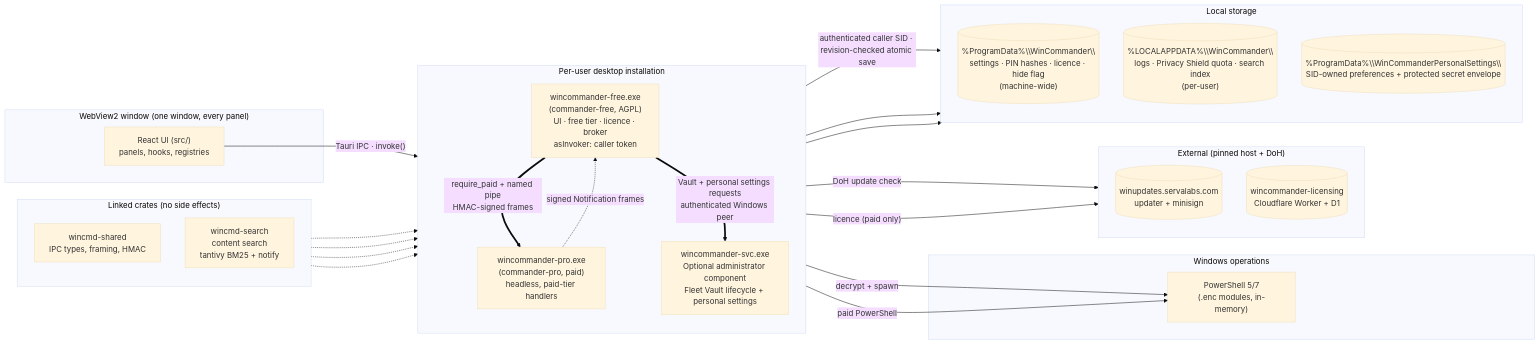
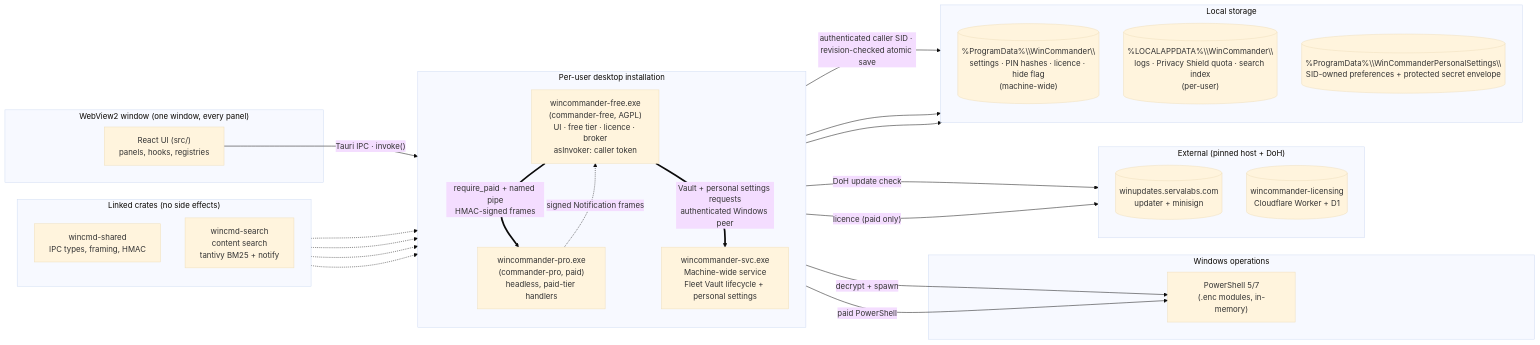
Before and after one commit to servalabs/wincommander: the first of 3 diagrams in ARCHITECTURE.md, drawn with Mermaid (base theme). The commit also changed other lines of this file and 7 other files, not shown here.

Commit message:
fix(settings): recover authenticated personal storage after service startup

````diff
--- a/ARCHITECTURE.md
+++ b/ARCHITECTURE.md
@@ -11,52 +11,52 @@
 ```mermaid
 flowchart LR
   subgraph window["WebView2 window (one window, every panel)"]
     UI["React UI (src/)<br/>panels, hooks, registries"]
   end
 
   subgraph binaries["Per-user desktop installation"]
     direction TB
     FREE["wincommander-free.exe<br/>(commander-free, AGPL)<br/>UI · free tier · licence · broker<br/>asInvoker: caller token"]
     PRO["wincommander-pro.exe<br/>(commander-pro, paid)<br/>headless, paid-tier handlers"]
-    SVC["wincommander-svc.exe<br/>Optional administrator component<br/>Fleet Vault lifecycle + personal settings"]
+    SVC["wincommander-svc.exe<br/>Machine-wide service<br/>Fleet Vault lifecycle + personal settings"]
   end
 
   subgraph crates["Linked crates (no side effects)"]
     direction TB
     SHARED["wincmd-shared<br/>IPC types, framing, HMAC"]
     SEARCH["wincmd-search<br/>content search<br/>tantivy BM25 + notify"]
   end
 
   subgraph ops["Windows operations"]
     PS["PowerShell 5/7<br/>(.enc modules, in-memory)"]
   end
 
   subgraph endpoints["External (pinned host + DoH)"]
     direction TB
     UPD[("winupdates.servalabs.com<br/>updater + minisign")]
     LIC[("wincommander-licensing<br/>Cloudflare Worker + D1")]
   end
 
   subgraph storage["Local storage"]
     direction TB
     STORE[("%ProgramData%\\WinCommander\\<br/>settings · PIN hashes · licence · hide flag<br/>(machine-wide)")]
     USTORE[("%LOCALAPPDATA%\\WinCommander\\<br/>logs · Privacy Shield quota · search index<br/>(per-user)")]
     PSTORE[("%ProgramData%\\WinCommanderPersonalSettings\\<br/>SID-owned preferences + protected secret envelope")]
   end
 
   UI -- "Tauri IPC · invoke()" --> FREE
   FREE -- "decrypt + spawn" --> PS
   FREE == "require_paid + named pipe<br/>HMAC-signed frames" ==> PRO
   FREE == "Vault + personal settings requests<br/>authenticated Windows peer" ==> SVC
   SVC -- "authenticated caller SID · revision-checked atomic save" --> PSTORE
   PRO -- "paid PowerShell" --> PS
   PRO -. "signed Notification frames" .-> FREE
   FREE -- "DoH update check" --> UPD
   FREE -- "licence (paid only)" --> LIC
   FREE --> STORE
   FREE --> USTORE
   SHARED -.-> FREE
   SHARED -.-> PRO
   SHARED -.-> SVC
   SEARCH -.-> FREE
 ```
````
